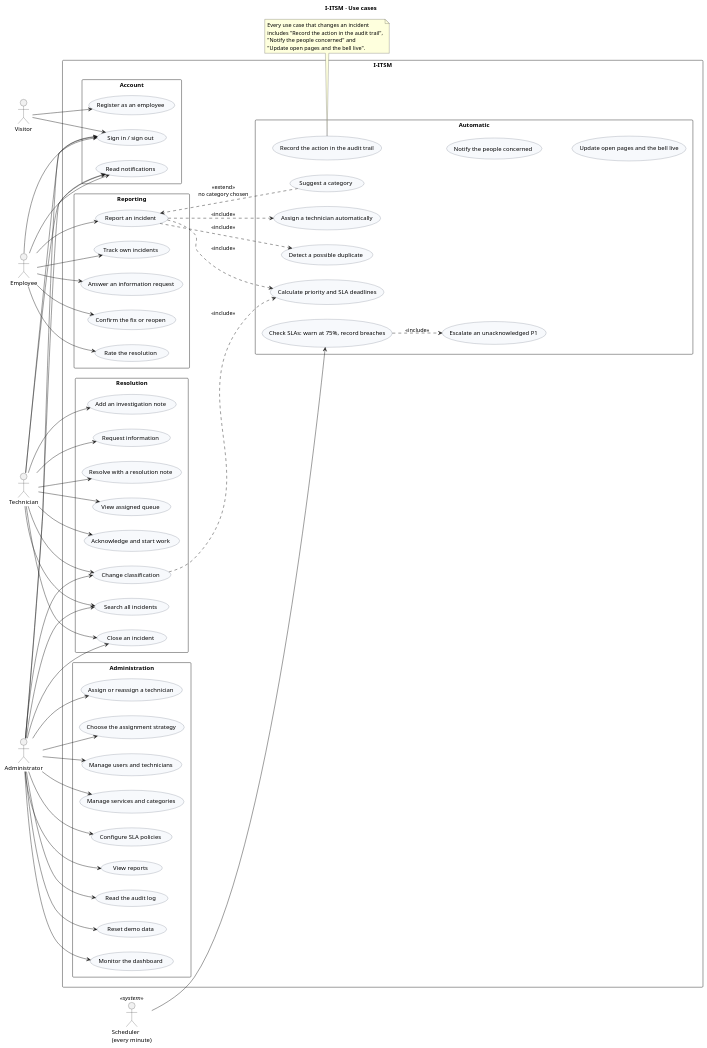
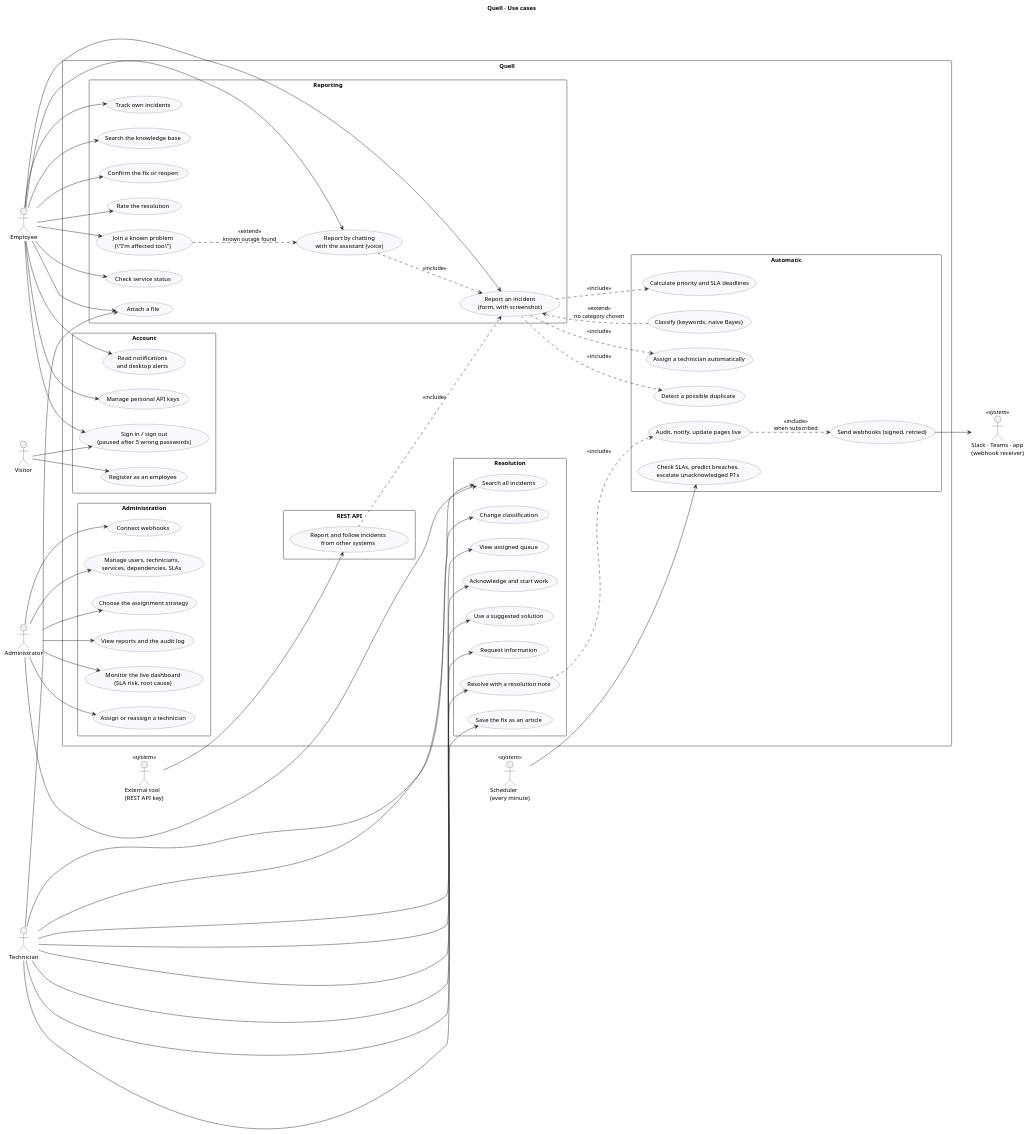
Before and after one commit to PresidentOfBirTawil/itsm: the diagram in docs/diagrams/use-case.puml, drawn with PlantUML. The commit also changed 20 other files, not shown here.

First line of the commit message:
Update the diagrams for the whole product

```diff
--- a/docs/diagrams/use-case.puml
+++ b/docs/diagrams/use-case.puml
@@ -1,125 +1,124 @@
 @startuml use-case
-' Use case diagram: who can do what in I-ITSM.
-title I-ITSM · Use cases
+' Use case diagram: who can do what in Quell.
+title Quell · Use cases
 
 left to right direction
 skinparam packageStyle rectangle
 skinparam shadowing false
+skinparam defaultFontName Helvetica
 skinparam usecase {
   BackgroundColor #F7F9FC
   BorderColor #4A5568
 }
 
 actor "Visitor" as Visitor
 actor "Employee" as Employee
 actor "Technician" as Technician
 actor "Administrator" as Admin
 actor "Scheduler\n(every minute)" as Timer <<system>>
+actor "External tool\n(REST API key)" as Tool <<system>>
+actor "Slack · Teams · app\n(webhook receiver)" as Receiver <<system>>
 
-rectangle "I-ITSM" {
-
+rectangle "Quell" {
   package "Account" {
     usecase "Register as an employee" as UC_Register
-    usecase "Sign in / sign out" as UC_Login
-    usecase "Read notifications" as UC_Notifications
+    usecase "Sign in / sign out\n(paused after 5 wrong passwords)" as UC_Login
+    usecase "Read notifications\nand desktop alerts" as UC_Notifications
+    usecase "Manage personal API keys" as UC_Keys
   }
 
   package "Reporting" {
-    usecase "Report an incident" as UC_Report
+    usecase "Report an incident\n(form, with screenshot)" as UC_Report
+    usecase "Report by chatting\nwith the assistant (voice)" as UC_Chat
+    usecase "Join a known problem\n(\"I'm affected too\")" as UC_Join
+    usecase "Check service status" as UC_Status
+    usecase "Search the knowledge base" as UC_KB
     usecase "Track own incidents" as UC_Track
-    usecase "Answer an information request" as UC_Answer
+    usecase "Attach a file" as UC_Attach
     usecase "Confirm the fix or reopen" as UC_Verify
     usecase "Rate the resolution" as UC_Rate
   }
 
   package "Resolution" {
     usecase "View assigned queue" as UC_Queue
     usecase "Acknowledge and start work" as UC_Ack
-    usecase "Add an investigation note" as UC_Note
+    usecase "Use a suggested solution" as UC_Suggested
     usecase "Request information" as UC_Request
     usecase "Resolve with a resolution note" as UC_Resolve
+    usecase "Save the fix as an article" as UC_Article
     usecase "Change classification" as UC_Reclassify
     usecase "Search all incidents" as UC_Search
-    usecase "Close an incident" as UC_Close
   }
 
   package "Administration" {
-    usecase "Monitor the dashboard" as UC_Dashboard
+    usecase "Monitor the live dashboard\n(SLA risk, root cause)" as UC_Dashboard
     usecase "Assign or reassign a technician" as UC_Assign
+    usecase "Manage users, technicians,\nservices, dependencies, SLAs" as UC_Catalogue
     usecase "Choose the assignment strategy" as UC_Strategy
-    usecase "Manage users and technicians" as UC_Users
-    usecase "Manage services and categories" as UC_Catalogue
-    usecase "Configure SLA policies" as UC_Sla
-    usecase "View reports" as UC_Reports
-    usecase "Read the audit log" as UC_Audit
-    usecase "Reset demo data" as UC_Reset
+    usecase "View reports and the audit log" as UC_Reports
+    usecase "Connect webhooks" as UC_Webhooks
   }
 
   package "Automatic" {
     usecase "Calculate priority and SLA deadlines" as UC_Priority
-    usecase "Suggest a category" as UC_Suggest
+    usecase "Classify (keywords, naive Bayes)" as UC_Classify
     usecase "Detect a possible duplicate" as UC_Duplicate
     usecase "Assign a technician automatically" as UC_AutoAssign
-    usecase "Record the action in the audit trail" as UC_Trail
-    usecase "Notify the people concerned" as UC_Notify
-    usecase "Update open pages and the bell live" as UC_Live
-    usecase "Check SLAs: warn at 75%, record breaches" as UC_Check
-    usecase "Escalate an unacknowledged P1" as UC_Escalate
+    usecase "Audit, notify, update pages live" as UC_Notify
+    usecase "Send webhooks (signed, retried)" as UC_Send
+    usecase "Check SLAs, predict breaches,\nescalate unacknowledged P1s" as UC_Check
+  }
+
+  package "REST API" {
+    usecase "Report and follow incidents\nfrom other systems" as UC_Api
   }
 }
 
 Visitor --> UC_Register
 Visitor --> UC_Login
 
 Employee --> UC_Login
 Employee --> UC_Notifications
+Employee --> UC_Keys
 Employee --> UC_Report
+Employee --> UC_Chat
+Employee --> UC_Join
+Employee --> UC_Status
+Employee --> UC_KB
 Employee --> UC_Track
-Employee --> UC_Answer
+Employee --> UC_Attach
 Employee --> UC_Verify
 Employee --> UC_Rate
 
-Technician --> UC_Login
-Technician --> UC_Notifications
 Technician --> UC_Queue
 Technician --> UC_Ack
-Technician --> UC_Note
+Technician --> UC_Suggested
 Technician --> UC_Request
 Technician --> UC_Resolve
+Technician --> UC_Article
 Technician --> UC_Reclassify
 Technician --> UC_Search
-Technician --> UC_Close
+Technician --> UC_Attach
 
-Admin --> UC_Login
-Admin --> UC_Notifications
 Admin --> UC_Dashboard
 Admin --> UC_Assign
+Admin --> UC_Catalogue
 Admin --> UC_Strategy
-Admin --> UC_Users
-Admin --> UC_Catalogue
-Admin --> UC_Sla
 Admin --> UC_Reports
-Admin --> UC_Audit
-Admin --> UC_Reset
+Admin --> UC_Webhooks
 Admin --> UC_Search
-Admin --> UC_Reclassify
-Admin --> UC_Close
 
 Timer --> UC_Check
+Tool --> UC_Api
+UC_Send --> Receiver
 
 UC_Report ..> UC_Priority : <<include>>
 UC_Report ..> UC_AutoAssign : <<include>>
 UC_Report ..> UC_Duplicate : <<include>>
-UC_Suggest ..> UC_Report : <<extend>>\nno category chosen
-UC_Reclassify ..> UC_Priority : <<include>>
-UC_Check ..> UC_Escalate : <<include>>
-
-note bottom of UC_Trail
-  Every use case that changes an incident
-  includes "Record the action in the audit trail",
-  "Notify the people concerned" and
-  "Update open pages and the bell live".
-end note
-UC_Trail -[hidden]- UC_Notify
-UC_Notify -[hidden]- UC_Live
+UC_Classify ..> UC_Report : <<extend>>\nno category chosen
+UC_Chat ..> UC_Report : <<include>>
+UC_Join ..> UC_Chat : <<extend>>\nknown outage found
+UC_Api ..> UC_Report : <<include>>
+UC_Resolve ..> UC_Notify : <<include>>
+UC_Notify ..> UC_Send : <<include>>\nwhen subscribed
 @enduml
```
